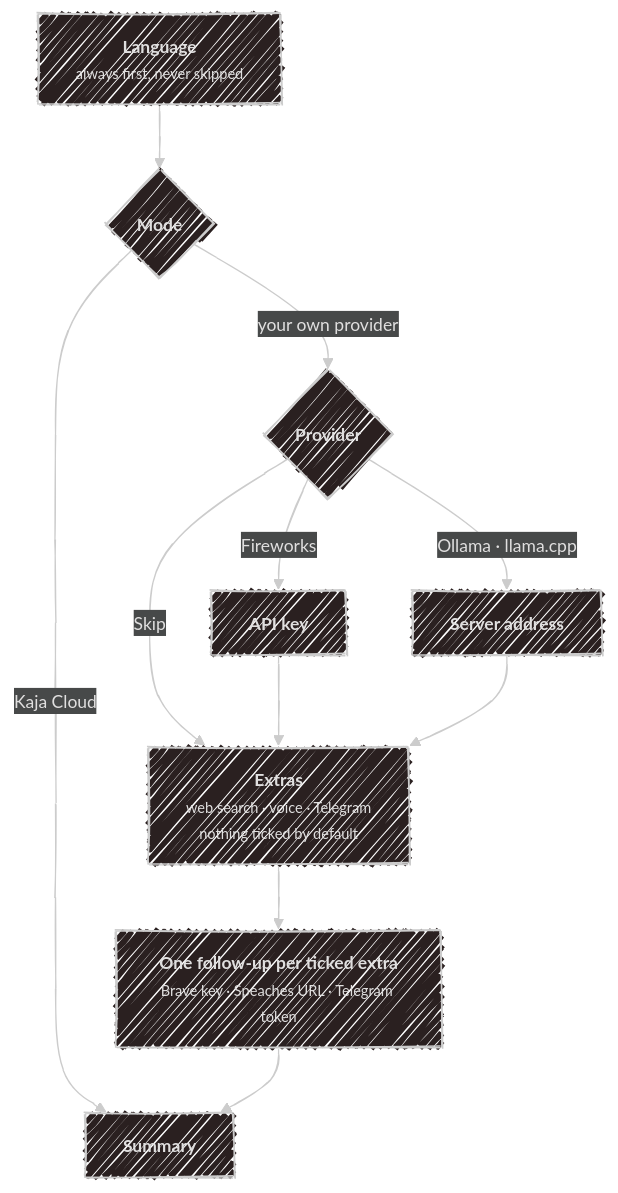
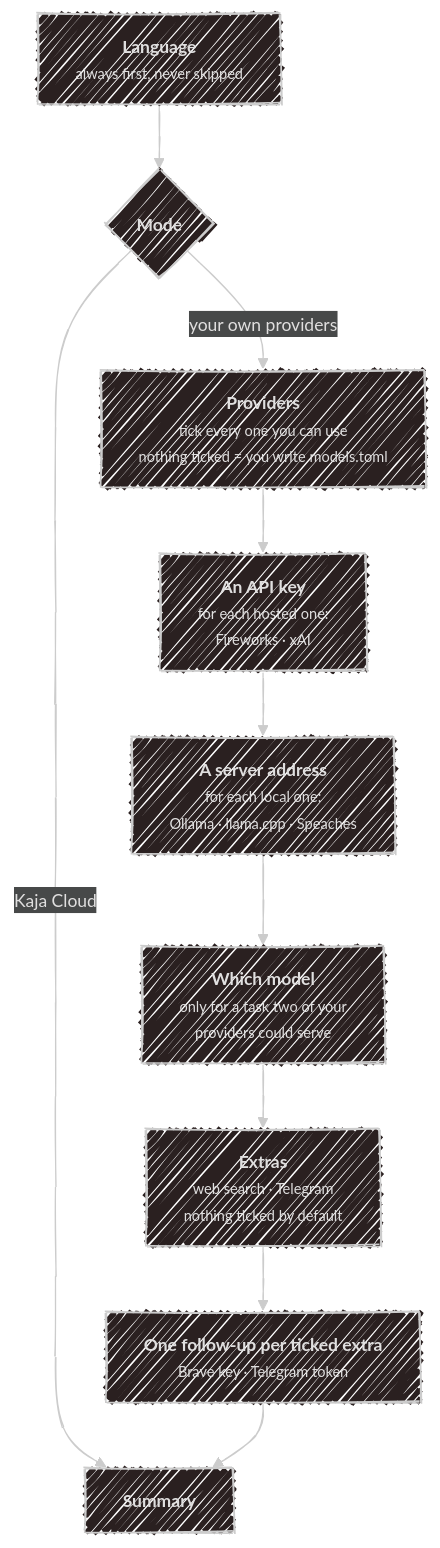
One commit to SubZtep/kaja changed the first of 4 diagrams in docs/configuration/wizard.md. Above: the diagram before and after it, drawn with Mermaid. The commit also changed other lines of this file and 10 other files, not shown here.

First line of the commit message:
feat: let the wizard tick several providers and pick a model per task

````diff
--- a/docs/configuration/wizard.md
+++ b/docs/configuration/wizard.md
@@ -25,23 +27,20 @@
 ```mermaid
 ---
 config:
   look: handDrawn
   theme: neo-dark
 ---
 flowchart TD
     L["<b>Language</b><br><small>always first, never skipped</small>"] --> M{"<b>Mode</b>"}
 
     M -->|"Kaja Cloud"| SUM["<b>Summary</b>"]
-    M -->|"your own provider"| P{"<b>Provider</b>"}
+    M -->|"your own providers"| P["<b>Providers</b><br><small>tick every one you can use<br>nothing ticked = you write models.toml</small>"]
 
-    P -->|"Fireworks"| KEY["<b>API key</b>"]
-    P -->|"Ollama · llama.cpp"| URL["<b>Server address</b>"]
-    P -->|"Skip"| EX
+    P --> KEY["<b>An API key</b><br><small>for each hosted one:<br>Fireworks · xAI</small>"]
+    KEY --> URL["<b>A server address</b><br><small>for each local one:<br>Ollama · llama.cpp · Speaches</small>"]
+    URL --> MODEL["<b>Which model</b><br><small>only for a task two of your<br>providers could serve</small>"]
 
-    KEY --> EX
-    URL --> EX
-
-    EX["<b>Extras</b><br><small>web search · voice · Telegram<br>nothing ticked by default</small>"] --> FU
-
-    FU["<b>One follow-up per ticked extra</b><br><small>Brave key · Speaches URL · Telegram token</small>"] --> SUM
+    MODEL --> EX["<b>Extras</b><br><small>web search · Telegram<br>nothing ticked by default</small>"]
+    EX --> FU["<b>One follow-up per ticked extra</b><br><small>Brave key · Telegram token</small>"]
+    FU --> SUM
 ```
````
